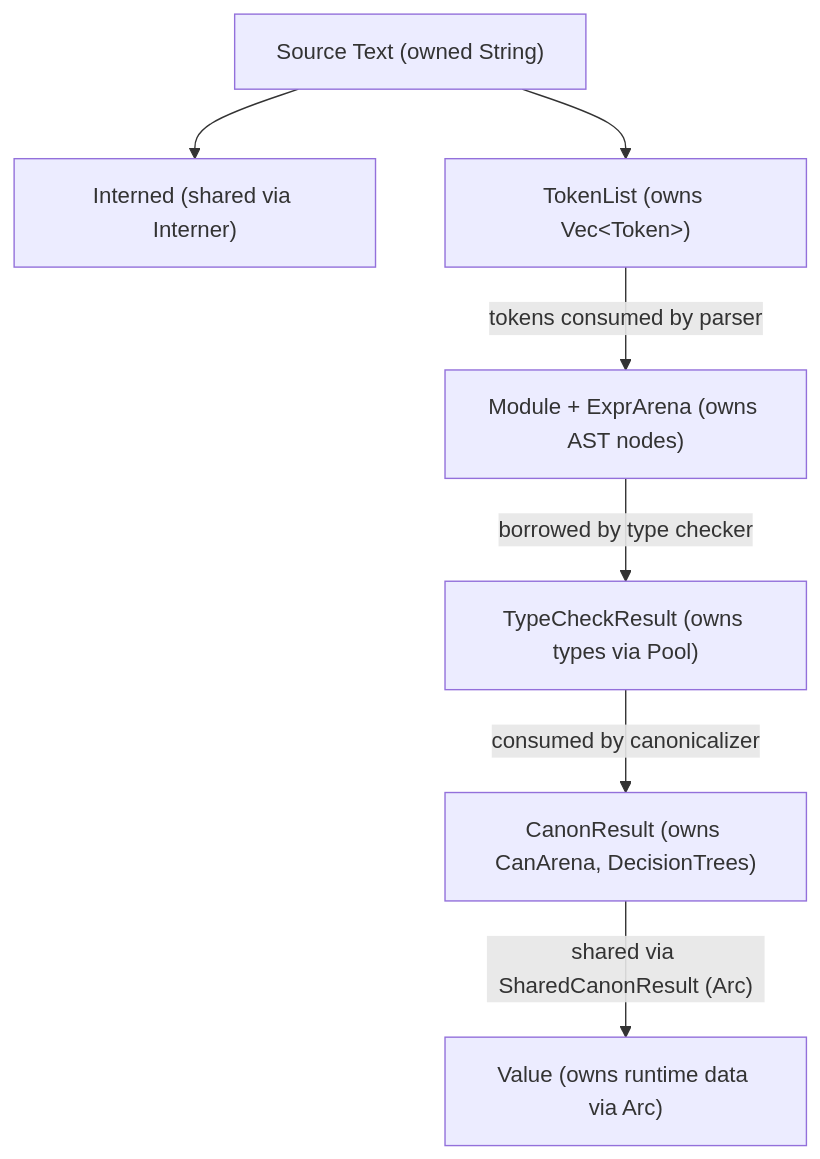
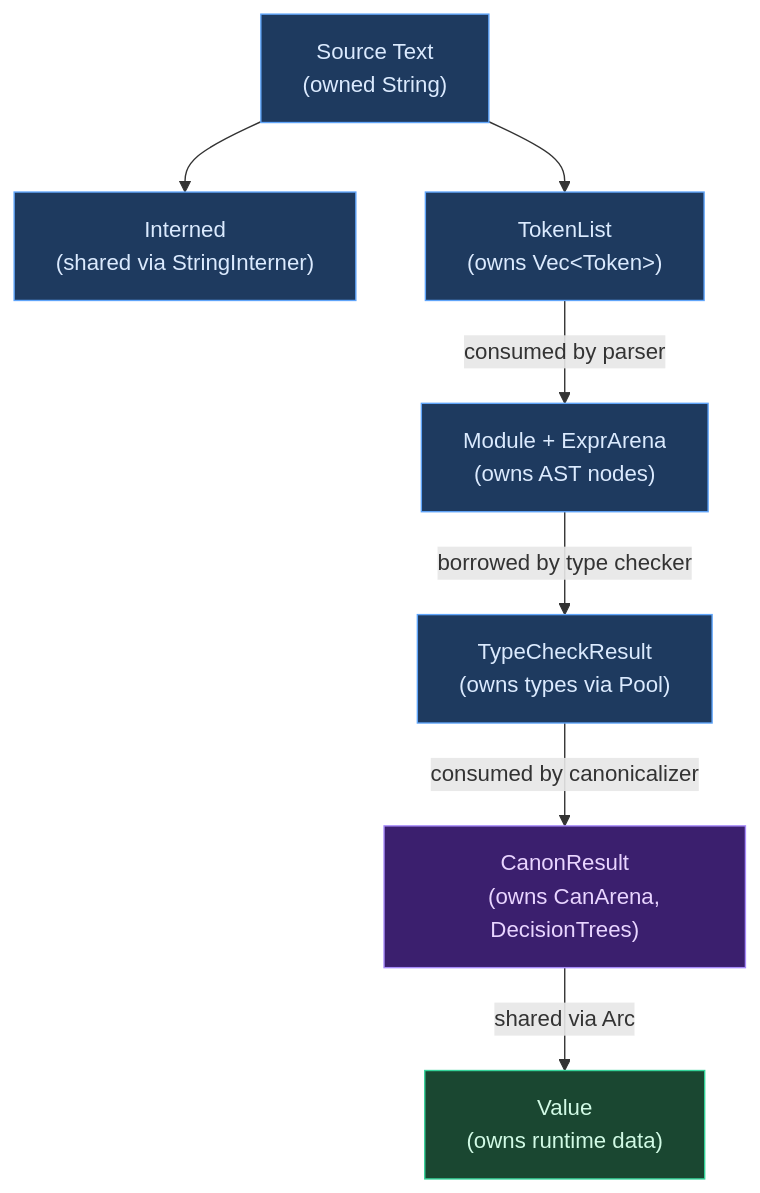
The second of 2 diagrams in docs/compiler/design/01-architecture/data-flow.md (upstat-io/ori-lang), drawn with Mermaid before and after one commit. The commit also changed other lines of this file and 152 other files, not shown here.

````diff
--- a/docs/compiler/design/01-architecture/data-flow.md
+++ b/docs/compiler/design/01-architecture/data-flow.md
@@ -339,9 +320,24 @@
 ```mermaid
 flowchart TB
-    A["Source Text (owned String)"] --> B["Interned (shared via Interner)"]
-    A --> C["TokenList (owns Vec&lt;Token&gt;)"]
-    C -->|"tokens consumed by parser"| D["Module + ExprArena (owns AST nodes)"]
-    D -->|"borrowed by type checker"| E["TypeCheckResult (owns types via Pool)"]
-    E -->|"consumed by canonicalizer"| F["CanonResult (owns CanArena, DecisionTrees)"]
-    F -->|"shared via SharedCanonResult (Arc)"| G["Value (owns runtime data via Arc)"]
+    A["Source Text
+    (owned String)"] --> B["Interned
+    (shared via StringInterner)"]
+    A --> C["TokenList
+    (owns Vec&lt;Token&gt;)"]
+    C -->|"consumed by parser"| D["Module + ExprArena
+    (owns AST nodes)"]
+    D -->|"borrowed by type checker"| E["TypeCheckResult
+    (owns types via Pool)"]
+    E -->|"consumed by canonicalizer"| F["CanonResult
+    (owns CanArena, DecisionTrees)"]
+    F -->|"shared via Arc"| G["Value
+    (owns runtime data)"]
+
+    classDef frontend fill:#1e3a5f,stroke:#60a5fa,color:#dbeafe
+    classDef canon fill:#3b1f6e,stroke:#a78bfa,color:#e9d5ff
+    classDef interpreter fill:#1a4731,stroke:#34d399,color:#d1fae5
+
+    class A,B,C,D,E frontend
+    class F canon
+    class G interpreter
 ```
````
